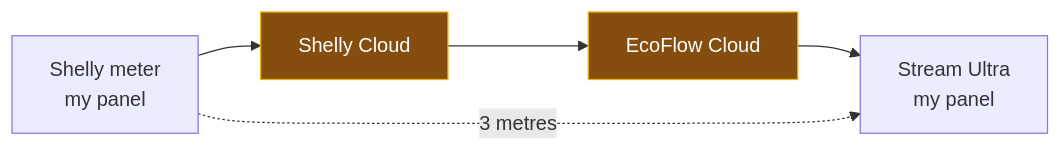
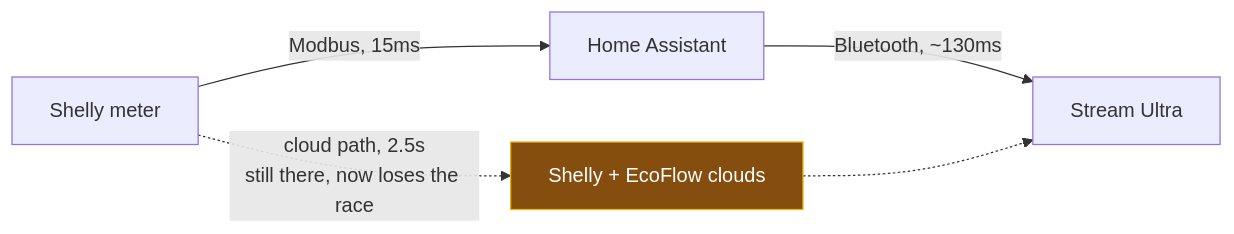
The diagram in content/posts/ecoflow-zero-export-ble-meter-injection/index.md (phoinixgrr/mastori), drawn with Mermaid before and after one commit. The commit also changed other lines of this file, not shown here.

```diff
--- a/content/posts/ecoflow-zero-export-ble-meter-injection/index.md
+++ b/content/posts/ecoflow-zero-export-ble-meter-injection/index.md
@@ -45,10 +47,9 @@
 {{< mermaid >}}
 flowchart LR
-    S["Shelly meter<br/>my panel"] --> SC["Shelly Cloud"]
-    SC --> EC["EcoFlow Cloud"]
-    EC --> U["Stream Ultra<br/>my panel"]
-    S -.->|"3 metres"| U
+    S["Shelly meter"] -->|"Modbus, 15ms"| HA["Home Assistant"]
+    HA -->|"Bluetooth, ~130ms"| U["Stream Ultra"]
+    S -.->|"cloud path, 2.5s<br/>still there, now loses the race"| C["Shelly + EcoFlow clouds"]
+    C -.-> U
 
-    style SC fill:#854d0e,stroke:#eab308,color:#fff
-    style EC fill:#854d0e,stroke:#eab308,color:#fff
+    style C fill:#854d0e,stroke:#eab308,color:#fff
 {{< /mermaid >}}
```
